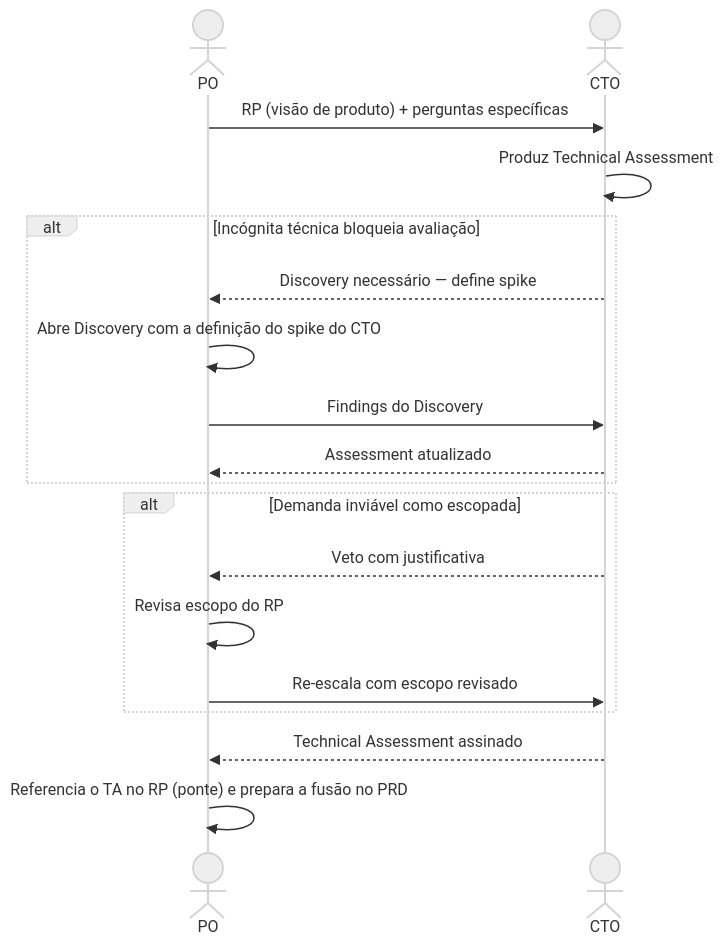
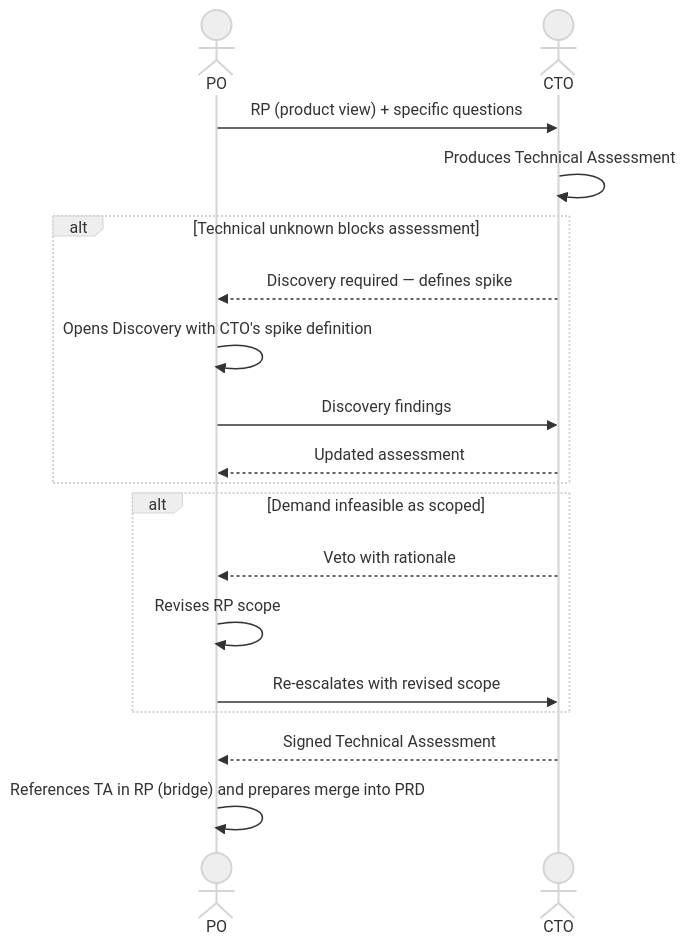
Before and after one commit to hugo-hsbtech/teamwork-process: the diagram in interactions/05-po-to-cto.md, drawn with Mermaid (neutral theme). The commit also changed other lines of this file and 63 other files, not shown here.

````diff
--- a/interactions/05-po-to-cto.md
+++ b/interactions/05-po-to-cto.md
@@ -75,24 +75,24 @@
 ```mermaid
 sequenceDiagram
     actor PO as PO
     actor CTO as CTO
 
-    PO->>CTO: RP (visão de produto) + perguntas específicas
-    CTO->>CTO: Produz Technical Assessment
+    PO->>CTO: RP (product view) + specific questions
+    CTO->>CTO: Produces Technical Assessment
 
-    alt Incógnita técnica bloqueia avaliação
-        CTO-->>PO: Discovery necessário — define spike
-        PO->>PO: Abre Discovery com a definição do spike do CTO
-        PO->>CTO: Findings do Discovery
-        CTO-->>PO: Assessment atualizado
+    alt Technical unknown blocks assessment
+        CTO-->>PO: Discovery required — defines spike
+        PO->>PO: Opens Discovery with CTO's spike definition
+        PO->>CTO: Discovery findings
+        CTO-->>PO: Updated assessment
     end
 
-    alt Demanda inviável como escopada
-        CTO-->>PO: Veto com justificativa
-        PO->>PO: Revisa escopo do RP
-        PO->>CTO: Re-escala com escopo revisado
+    alt Demand infeasible as scoped
+        CTO-->>PO: Veto with rationale
+        PO->>PO: Revises RP scope
+        PO->>CTO: Re-escalates with revised scope
     end
 
-    CTO-->>PO: Technical Assessment assinado
-    PO->>PO: Referencia o TA no RP (ponte) e prepara a fusão no PRD
+    CTO-->>PO: Signed Technical Assessment
+    PO->>PO: References TA in RP (bridge) and prepares merge into PRD
 ```
````
